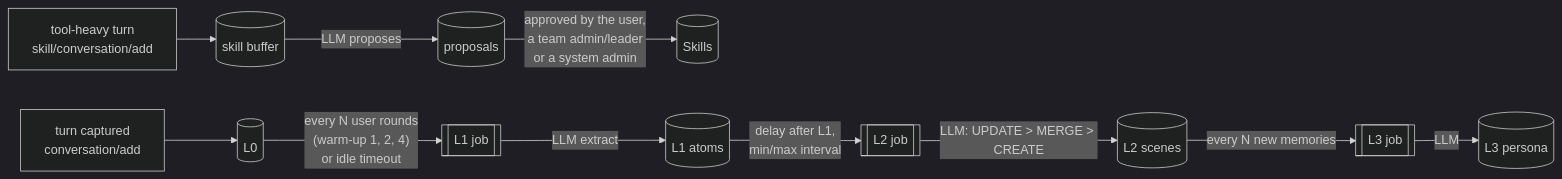
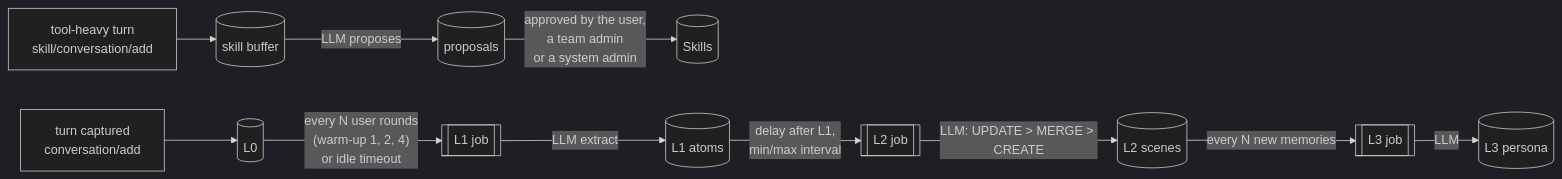
Before and after one commit to hsuanshao/AgentMemory: the sixth of 12 diagrams in docs/ARCHITECTURE.md, drawn with Mermaid (dark theme). The commit also changed other lines of this file and 19 other files, not shown here.

````diff
--- a/docs/ARCHITECTURE.md
+++ b/docs/ARCHITECTURE.md
@@ -185,13 +185,13 @@
 ```mermaid
 flowchart LR
   T["turn captured<br/>conversation/add"] --> L0[(L0)]
   T2["tool-heavy turn<br/>skill/conversation/add"] --> SB[(skill buffer)]
   SB -- "LLM proposes" --> SP[(proposals)]
-  SP -- "approved by the user,<br/>a team admin/leader<br/>or a system admin" --> SK[(Skills)]
+  SP -- "approved by the user,<br/>a team admin<br/>or a system admin" --> SK[(Skills)]
   L0 -- "every N user rounds<br/>(warm-up 1, 2, 4)<br/>or idle timeout" --> J1[[L1 job]]
   J1 -- LLM extract --> L1[(L1 atoms)]
   L1 -- "delay after L1,<br/>min/max interval" --> J2[[L2 job]]
   J2 -- "LLM: UPDATE > MERGE > CREATE" --> L2[(L2 scenes)]
   L2 -- "every N new memories" --> J3[[L3 job]]
   J3 -- LLM --> L3[(L3 persona)]
 ```
````
